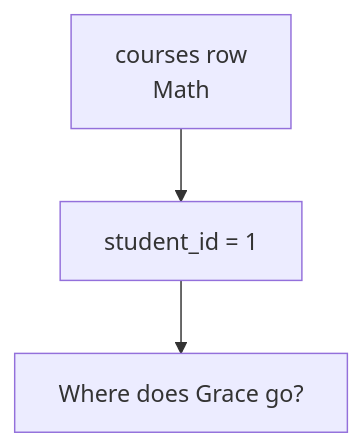
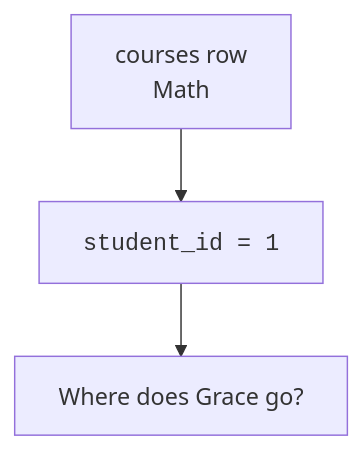
One commit to dataslope/dataslope changed the fourth of 7 diagrams in content/learn/database-design-postgresql/many-to-many.mdx. Above: the diagram before and after it, drawn with Mermaid. The commit also changed other lines of this file and 153 other files, not shown here.

First line of the commit message:
Render code-only mermaid shapes in monospace; convert step sequences to Steps

````diff
--- a/content/learn/database-design-postgresql/many-to-many.mdx
+++ b/content/learn/database-design-postgresql/many-to-many.mdx
@@ -64,5 +64,5 @@
 ```mermaid
 flowchart TB
-    CourseRow["courses row<br/>Math"] --> OneSlot["student_id = 1"]
+    CourseRow["courses row<br/>Math"] --> OneSlot["<code>student_id = 1</code>"]
     OneSlot --> Problem["Where does Grace go?"]
 ```
````
